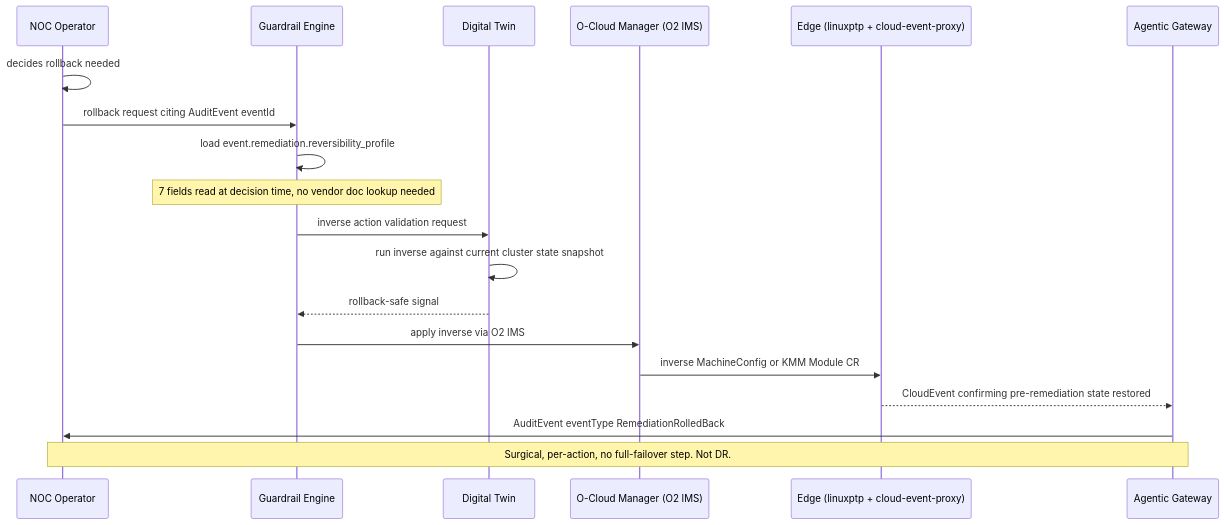
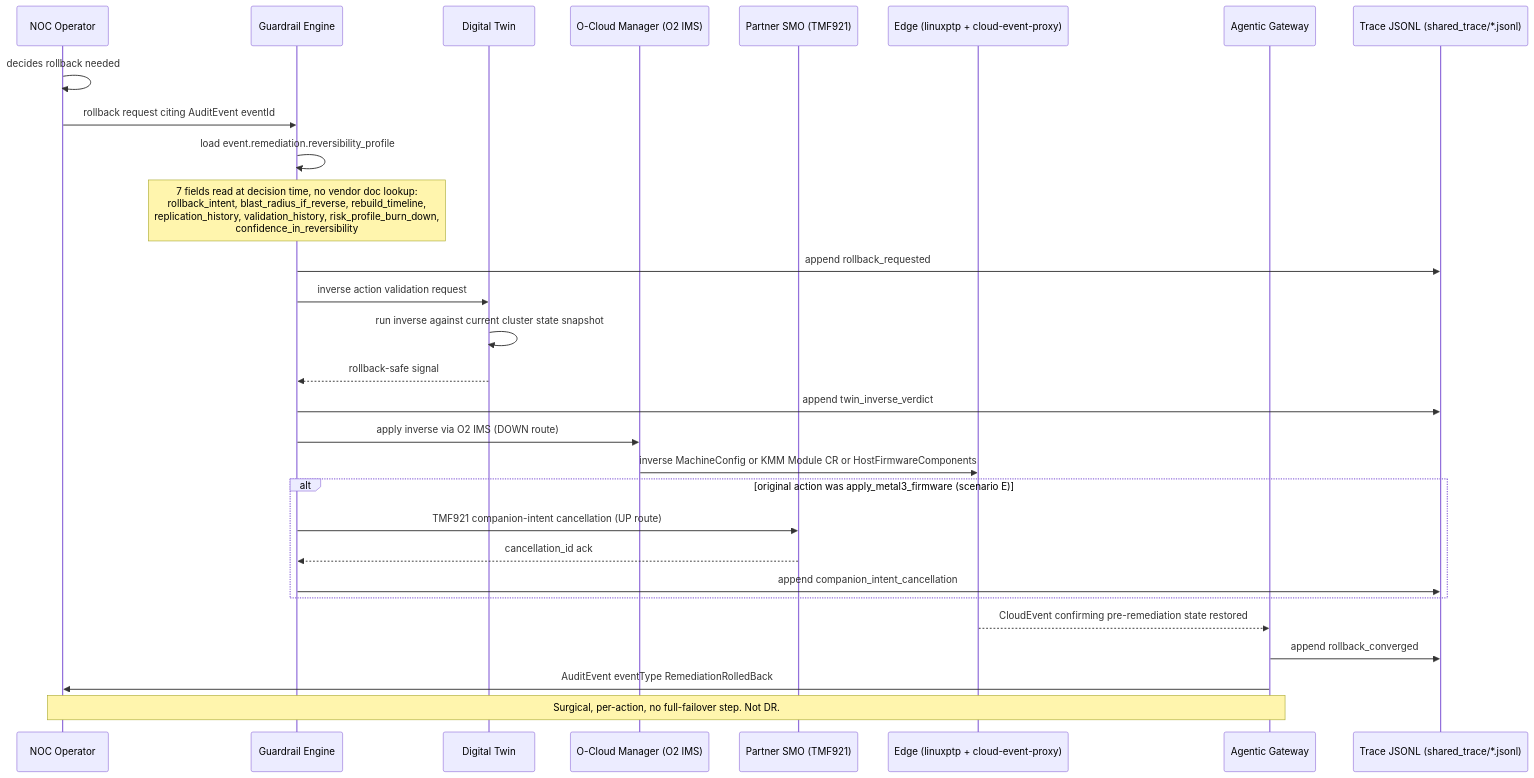
Before and after one commit to dkypuros/oran-agent-harness: the diagram in talk/sequence_agentic_recovery.mmd, drawn with Mermaid. The commit also changed 7 other files, not shown here.

First line of the commit message:
Architecture diagrams v2, catch up to scenarios D/E and the new surfaces

```diff
--- a/talk/sequence_agentic_recovery.mmd
+++ b/talk/sequence_agentic_recovery.mmd
@@ -1,27 +1,40 @@
-%% sequence_agentic_recovery.mmd
+%% sequence_agentic_recovery.mmd v2
+%% v2 changes vs v1:
+%%   added Trace participant showing shared_trace JSONL append per stage
+%%   enumerated the 7 ReversibilityProfile fields read at decision time
+%%   added dual-route inverse for scenario E (O2 IMS rollback AND TMF921 cancellation)
 %% The undo. Operator decides 30 minutes after the apply that the fix produced unintended
 %% side effects and wants to walk it back.
-%% Shows the surgical per-action nature: small blast radius, no full failover, twin-validated
-%% inverse action. This is Agentic Recoverability, not Disaster Recovery.
-%% Companion to talk/trust_loop.md (Activity 3) and harness/schemas/ReversibilityProfile.json.
+%% Surgical, per-action. Twin-validated inverse. This is Agentic Recoverability, not DR.
+%% Companion to trust_loop.md (Activity 3) and harness/schemas/ReversibilityProfile.json.
 
 sequenceDiagram
     participant Op as NOC Operator
     participant Guard as Guardrail Engine
     participant Twin as Digital Twin
     participant OCloud as O-Cloud Manager (O2 IMS)
+    participant SMO as Partner SMO (TMF921)
     participant Edge as Edge (linuxptp + cloud-event-proxy)
     participant Gateway as Agentic Gateway
+    participant Trace as Trace JSONL (shared_trace/*.jsonl)
 
     Op->>Op: decides rollback needed
     Op->>Guard: rollback request citing AuditEvent eventId
     Guard->>Guard: load event.remediation.reversibility_profile
-    Note over Guard: 7 fields read at decision time, no vendor doc lookup needed
+    Note over Guard: 7 fields read at decision time, no vendor doc lookup:<br/>rollback_intent, blast_radius_if_reverse, rebuild_timeline,<br/>replication_history, validation_history, risk_profile_burn_down,<br/>confidence_in_reversibility
+    Guard->>Trace: append rollback_requested
     Guard->>Twin: inverse action validation request
     Twin->>Twin: run inverse against current cluster state snapshot
     Twin-->>Guard: rollback-safe signal
-    Guard->>OCloud: apply inverse via O2 IMS
-    OCloud->>Edge: inverse MachineConfig or KMM Module CR
+    Guard->>Trace: append twin_inverse_verdict
+    Guard->>OCloud: apply inverse via O2 IMS (DOWN route)
+    OCloud->>Edge: inverse MachineConfig or KMM Module CR or HostFirmwareComponents
+    alt original action was apply_metal3_firmware (scenario E)
+        Guard->>SMO: TMF921 companion-intent cancellation (UP route)
+        SMO-->>Guard: cancellation_id ack
+        Guard->>Trace: append companion_intent_cancellation
+    end
     Edge-->>Gateway: CloudEvent confirming pre-remediation state restored
+    Gateway->>Trace: append rollback_converged
     Gateway->>Op: AuditEvent eventType RemediationRolledBack
     Note over Op,Gateway: Surgical, per-action, no full-failover step. Not DR.
```
